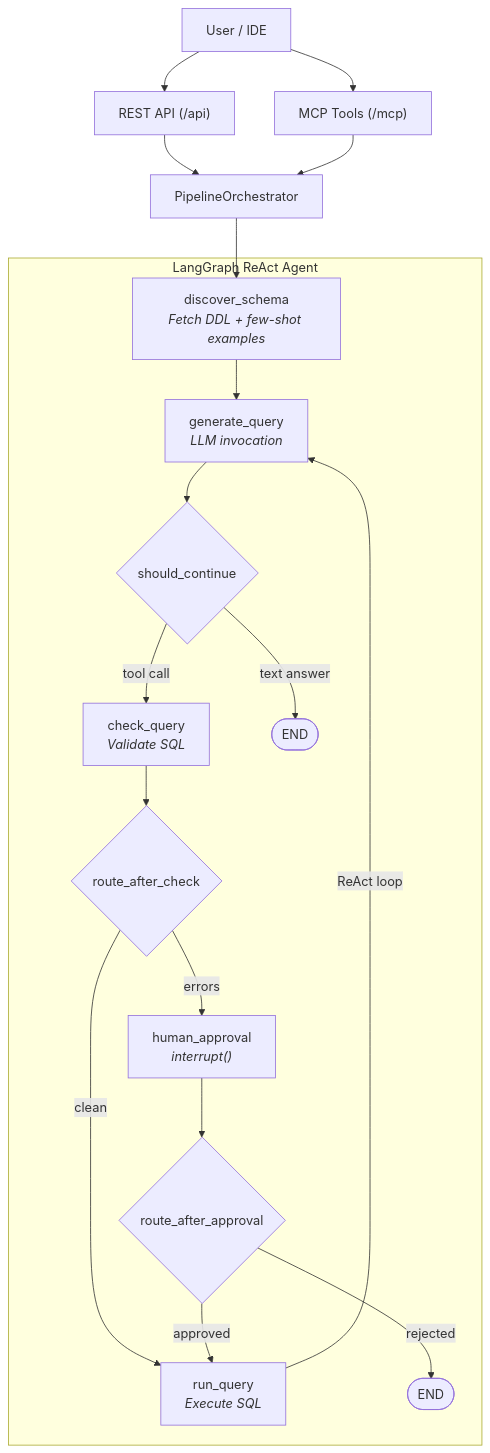
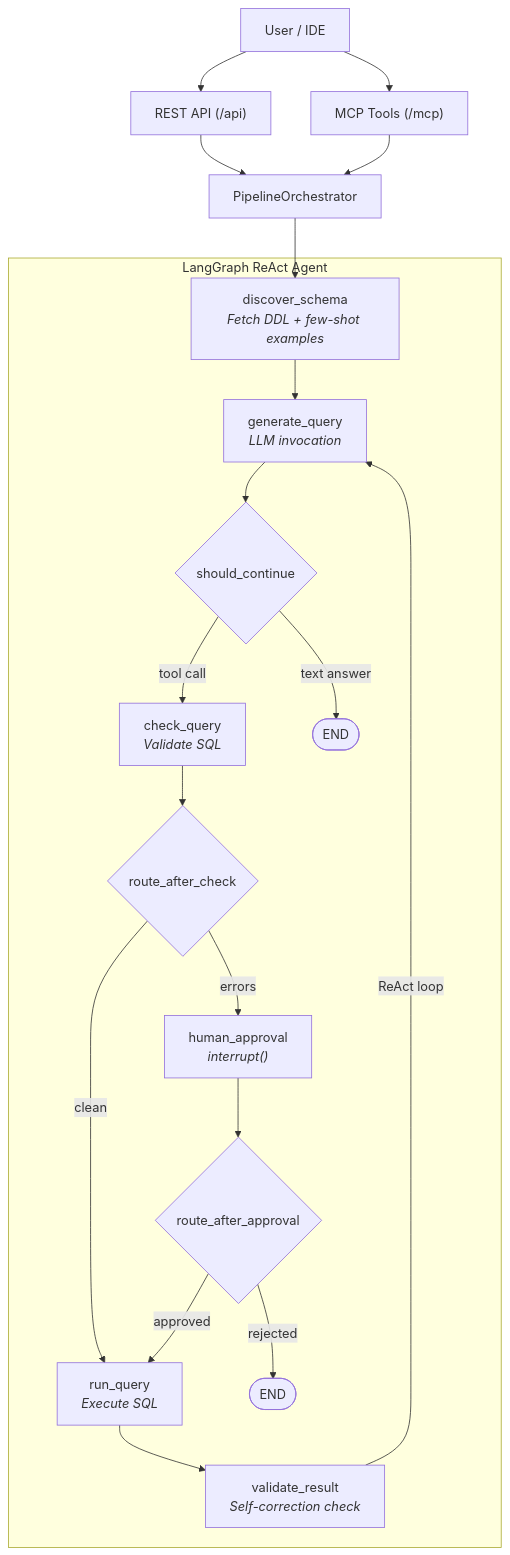
One commit to BadriPrudhvi/text-to-sql changed the diagram in README.md. Above: the diagram before and after it, drawn with Mermaid. The commit also changed other lines of this file, not shown here.

Commit message:
docs: update README with conversations, streaming, self-correction, and reliability features

````diff
--- a/README.md
+++ b/README.md
@@ -17,35 +22,37 @@
 ```mermaid
 graph TD
     User["User / IDE"]
     User --> REST["REST API (/api)"]
     User --> MCP["MCP Tools (/mcp)"]
     REST --> Orch["PipelineOrchestrator"]
     MCP --> Orch
 
     subgraph Agent["LangGraph ReAct Agent"]
         A["discover_schema<br/><i>Fetch DDL + few-shot examples</i>"]
         B["generate_query<br/><i>LLM invocation</i>"]
         C{"should_continue"}
         D["check_query<br/><i>Validate SQL</i>"]
         E{"route_after_check"}
         F["human_approval<br/><i>interrupt()</i>"]
         G{"route_after_approval"}
         H["run_query<br/><i>Execute SQL</i>"]
+        I["validate_result<br/><i>Self-correction check</i>"]
         END1(["END"])
         END2(["END"])
 
         A --> B
         B --> C
         C -- "tool call" --> D
         C -- "text answer" --> END1
         D --> E
         E -- "clean" --> H
         E -- "errors" --> F
         F --> G
         G -- "approved" --> H
         G -- "rejected" --> END2
-        H -- "ReAct loop" --> B
+        H --> I
+        I -- "ReAct loop" --> B
     end
 
     Orch --> A
 ```
````
